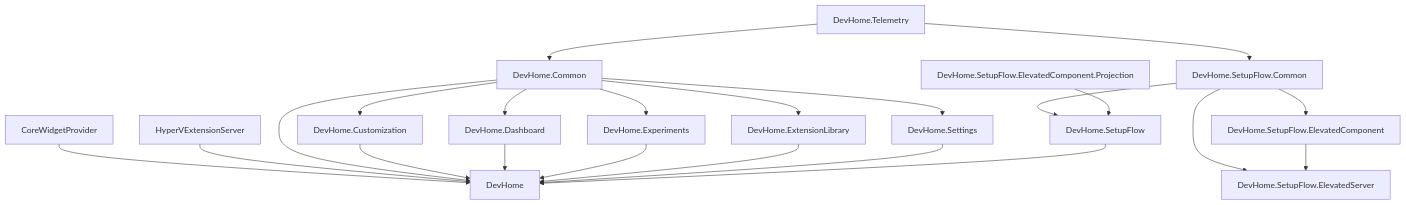
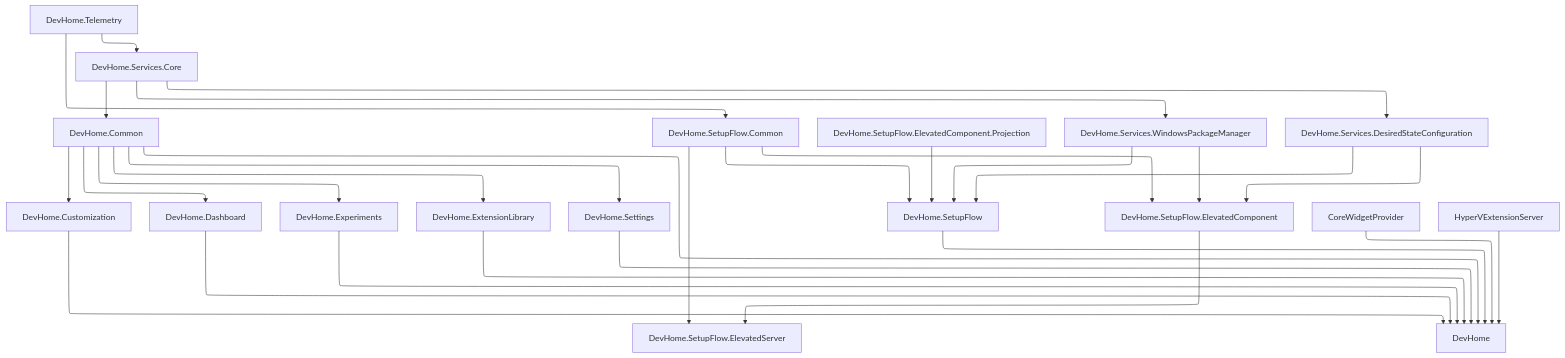
Before and after one commit to microsoft/devhome: the diagram in docs/architecture.md, drawn with Mermaid. The commit also changed 202 other files, not shown here.

````diff
--- a/docs/architecture.md
+++ b/docs/architecture.md
@@ -14,24 +14,32 @@
 ```mermaid
 graph TD;
-    DevHome.Telemetry-->DevHome.Common;
+    %%{init:{'flowchart':{"defaultRenderer": "elk"}}}%%
     DevHome.Common-->DevHome.Customization;
     DevHome.Common-->DevHome.Dashboard;
     DevHome.Common-->DevHome.Experiments;
     DevHome.Common-->DevHome.ExtensionLibrary;
     DevHome.Common-->DevHome.Settings;
     DevHome.Telemetry-->DevHome.SetupFlow.Common;
     DevHome.SetupFlow.Common-->DevHome.SetupFlow;
     DevHome.SetupFlow.Common-->DevHome.SetupFlow.ElevatedComponent;
     DevHome.SetupFlow.Common-->DevHome.SetupFlow.ElevatedServer;
     DevHome.SetupFlow.ElevatedComponent-->DevHome.SetupFlow.ElevatedServer;
     DevHome.SetupFlow.ElevatedComponent.Projection-->DevHome.SetupFlow;
     CoreWidgetProvider-->DevHome;
     HyperVExtensionServer-->DevHome;
     DevHome.Common-->DevHome;
     DevHome.Customization-->DevHome;
     DevHome.Dashboard-->DevHome;
     DevHome.Experiments-->DevHome;
     DevHome.ExtensionLibrary-->DevHome;
     DevHome.Settings-->DevHome;
     DevHome.SetupFlow-->DevHome;
+    DevHome.Services.Core-->DevHome.Services.WindowsPackageManager;
+    DevHome.Services.Core-->DevHome.Services.DesiredStateConfiguration;
+    DevHome.Telemetry-->DevHome.Services.Core;
+    DevHome.Services.Core-->DevHome.Common;
+    DevHome.Services.WindowsPackageManager-->DevHome.SetupFlow;
+    DevHome.Services.DesiredStateConfiguration-->DevHome.SetupFlow;
+    DevHome.Services.WindowsPackageManager-->DevHome.SetupFlow.ElevatedComponent;
+    DevHome.Services.DesiredStateConfiguration-->DevHome.SetupFlow.ElevatedComponent;
 ```
````
